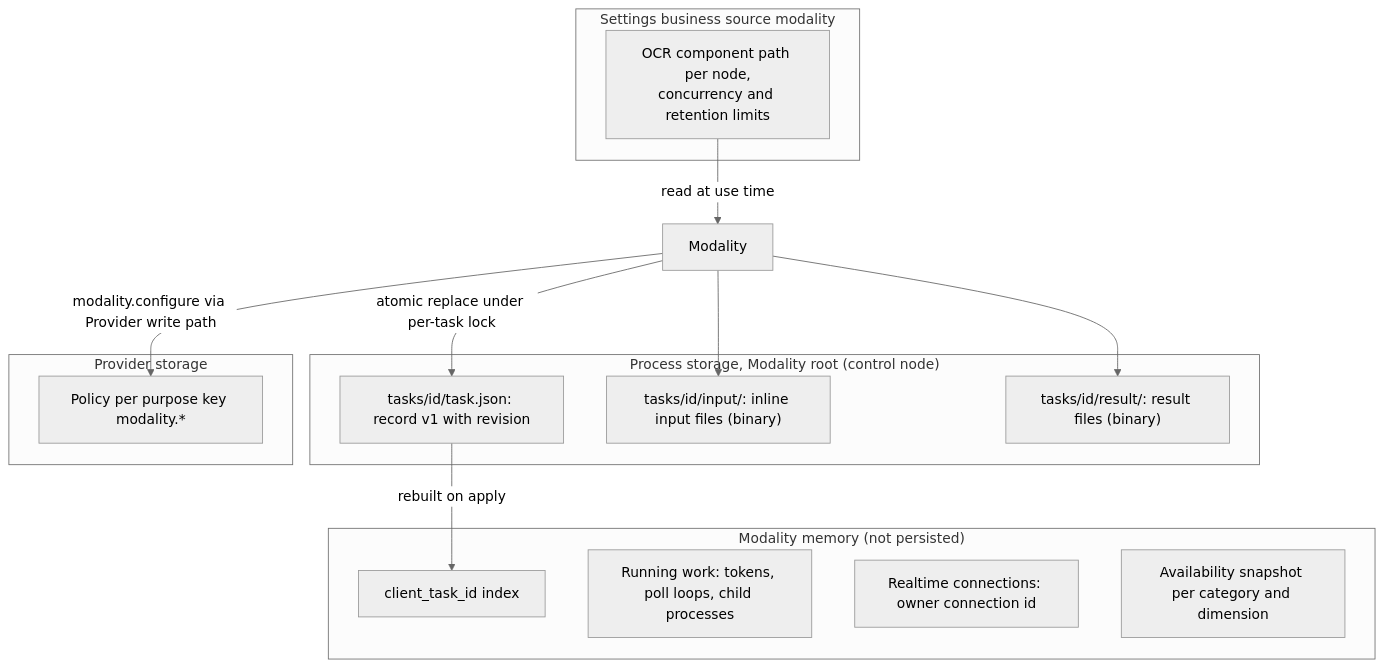
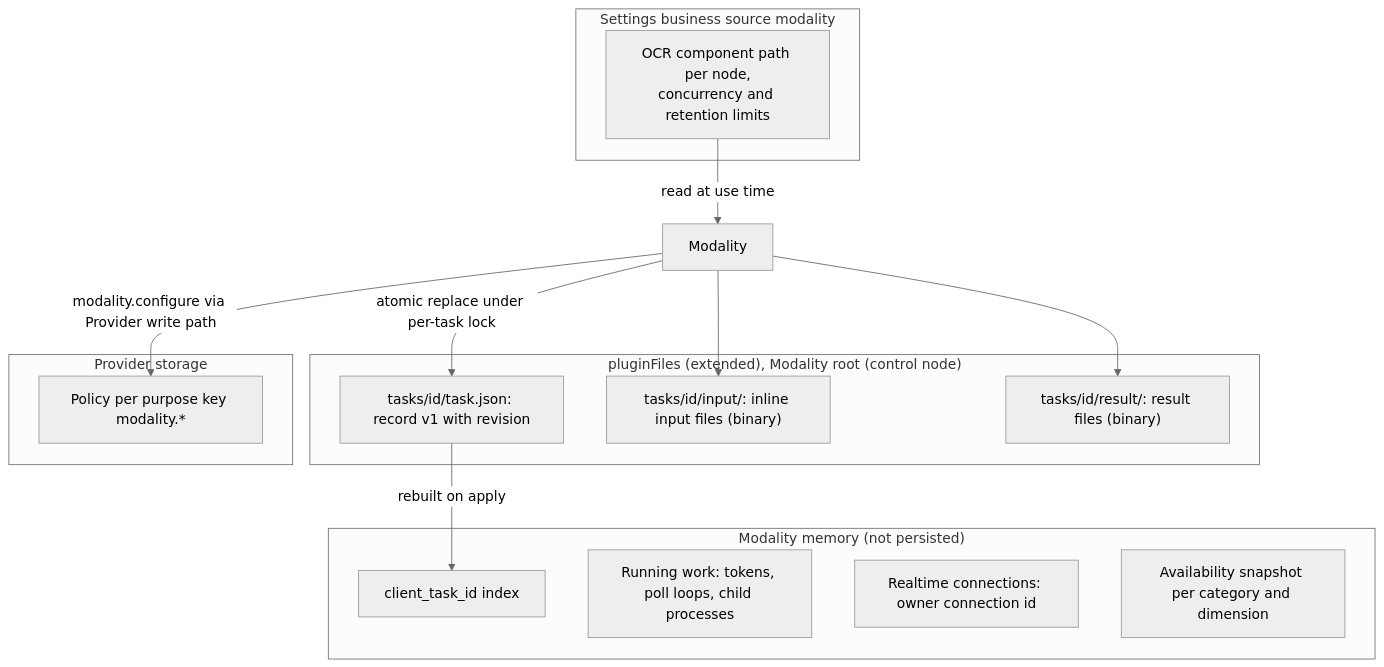
One commit to CoutinhoTTS/dim-agent changed the second of 6 diagrams in docs/design/plugins/Modality.md. Above: the diagram before and after it, drawn with Mermaid (neutral theme). The commit also changed other lines of this file and 42 other files, not shown here.

````diff
--- a/docs/design/plugins/Modality.md
+++ b/docs/design/plugins/Modality.md
@@ -47,26 +47,26 @@
 ```mermaid
 flowchart TB
-  subgraph PS["Process storage, Modality root (control node)"]
+  subgraph PS["pluginFiles (extended), Modality root (control node)"]
     Rec["tasks/id/task.json: record v1 with revision"]
     In["tasks/id/input/: inline input files (binary)"]
     Res["tasks/id/result/: result files (binary)"]
   end
   subgraph PROV["Provider storage"]
     Pol["Policy per purpose key modality.*"]
   end
   subgraph SET["Settings business source modality"]
     Cfg["OCR component path per node,<br/>concurrency and retention limits"]
   end
   subgraph MEM["Modality memory (not persisted)"]
     Idx["client_task_id index"]
     Run["Running work: tokens, poll loops, child processes"]
     RT["Realtime connections: owner connection id"]
     Av["Availability snapshot per category and dimension"]
   end
   Mod["Modality"] -->|"atomic replace under per-task lock"| Rec
   Mod --> In
   Mod --> Res
   Mod -->|"modality.configure via Provider write path"| Pol
   Rec -->|"rebuilt on apply"| Idx
   Cfg -->|"read at use time"| Mod
 ```
````
